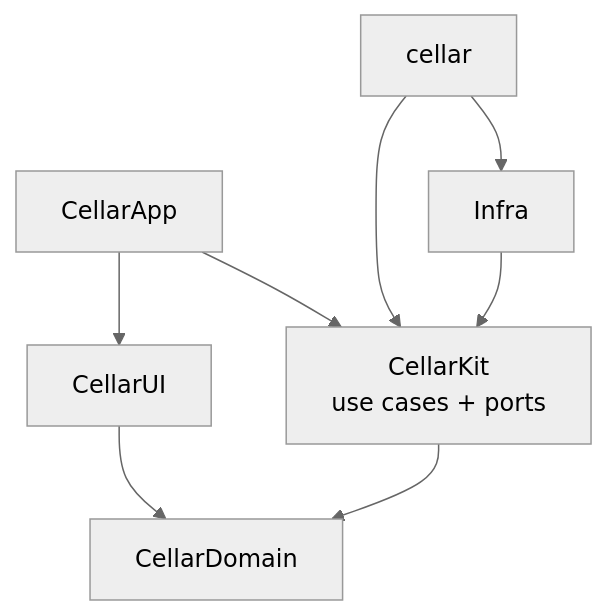
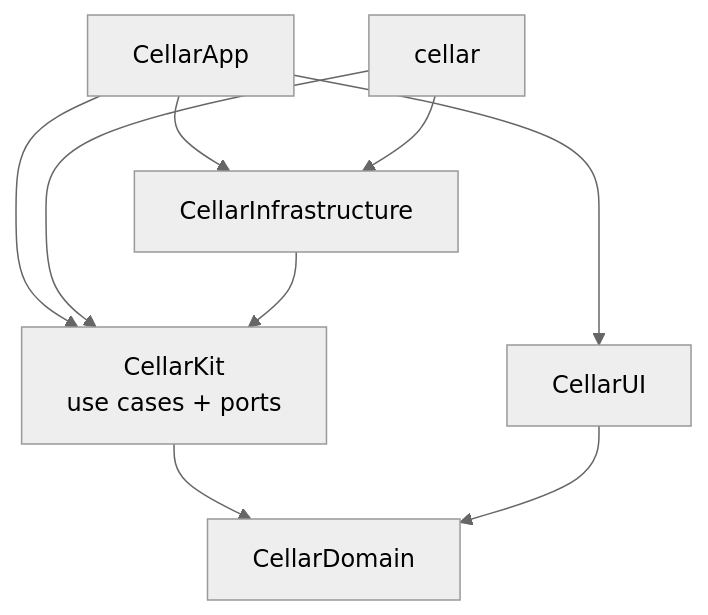
One commit to Echarnus/Cellar changed the fifth of 5 diagrams in docs/APP-ARCHITECTURE.md. Above: the diagram before and after it, drawn with Mermaid (neutral theme). The commit also changed other lines of this file and 5 other files, not shown here.

````diff
--- a/docs/APP-ARCHITECTURE.md
+++ b/docs/APP-ARCHITECTURE.md
@@ -375,10 +375,11 @@
 ```mermaid
 flowchart TD
-    App[CellarApp] --> Kit[CellarKit<br/>use cases + ports]
+    App[CellarApp] --> Infra[CellarInfrastructure]
+    App --> Kit[CellarKit<br/>use cases + ports]
     App --> UI[CellarUI]
     CLI[cellar] --> Infra
     CLI --> Kit
     Infra --> Kit
     Kit --> Domain[CellarDomain]
     UI --> Domain
 ```
````
